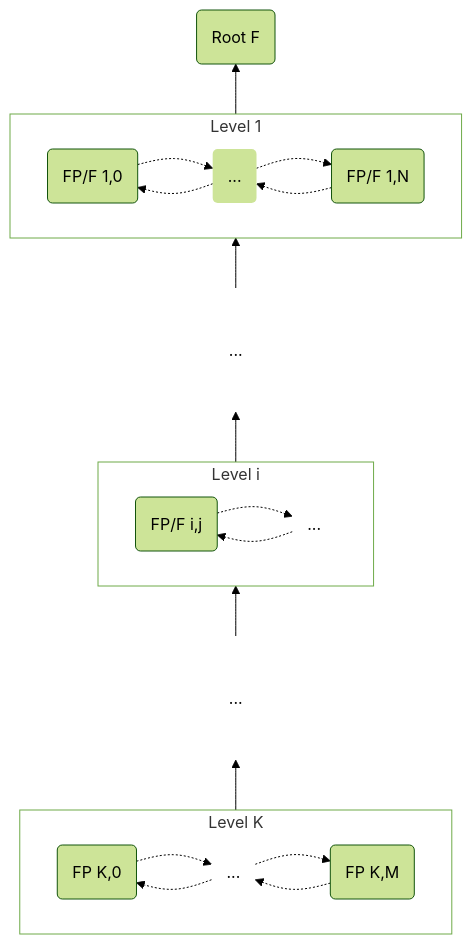
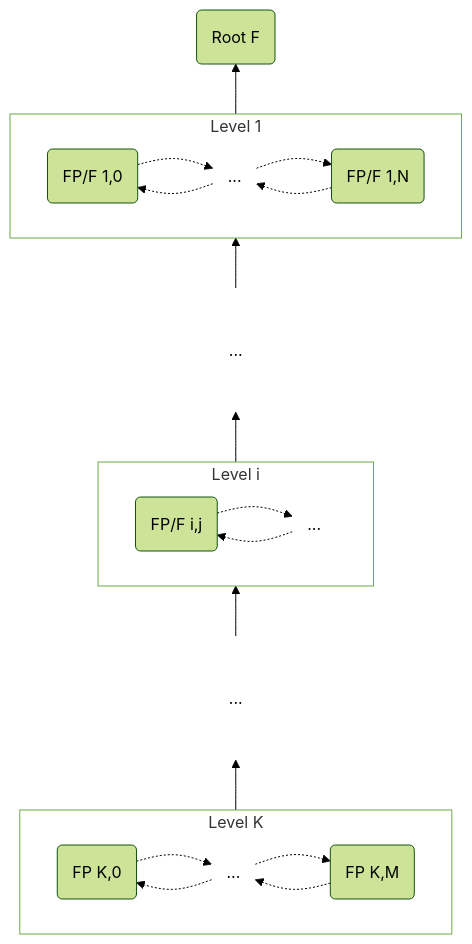
The second of 3 diagrams in README.MD (cristianmartella/fdsc-scenario-02), drawn with Mermaid (forest theme) before and after one commit. The commit also changed other lines of this file, not shown here.

````diff
--- a/README.MD
+++ b/README.MD
@@ -108,66 +108,67 @@
 ```mermaid
 flowchart BT;
   subgraph l5["Level K"]
   direction LR
     K0(FP K,0)
     etc5(...)
       style etc5 stroke-width:0px
     KM(FP K,M)
   end
 
   subgraph l4[" "]
   direction LR
     etc4(...)
       style etc4 stroke-width:0px
   end
 
   subgraph l3["Level i"]
   direction LR
     IJ(FP/F i,j)
     etc3(...)
       style etc3 stroke-width:0px
   end
 
   subgraph l2[" "]
   direction LR
     etc2(...)
       style etc2 stroke-width:0px
   end
 
   subgraph l1["Level 1"]
   direction LR
     0(FP/F 1,0)
     etc1(...)
       style etc1 stroke-width:0px
     N(FP/F 1,N)
   end
 
 
   R(Root F)
 
   l5 --> l4
   l4 --> l3
   l3 --> l2
   l2 --> l1
   l1 --> R
 
   0-.->etc1-.->N
   N-.->etc1-.->0
 
   IJ-.->etc3
   etc3-.->IJ
 
   K0-.->etc5-.->KM
   KM-.->etc5-.->K0
 
+  style etc1 fill:transparent
   style etc2 fill:transparent
   style etc3 fill:transparent
   style etc4 fill:transparent
   style etc5 fill:transparent
 
   style l1 fill:transparent
   style l2 fill:transparent,stroke:transparent
   style l3 fill:transparent
   style l4 fill:transparent,stroke:transparent
   style l5 fill:transparent
 ```
````
